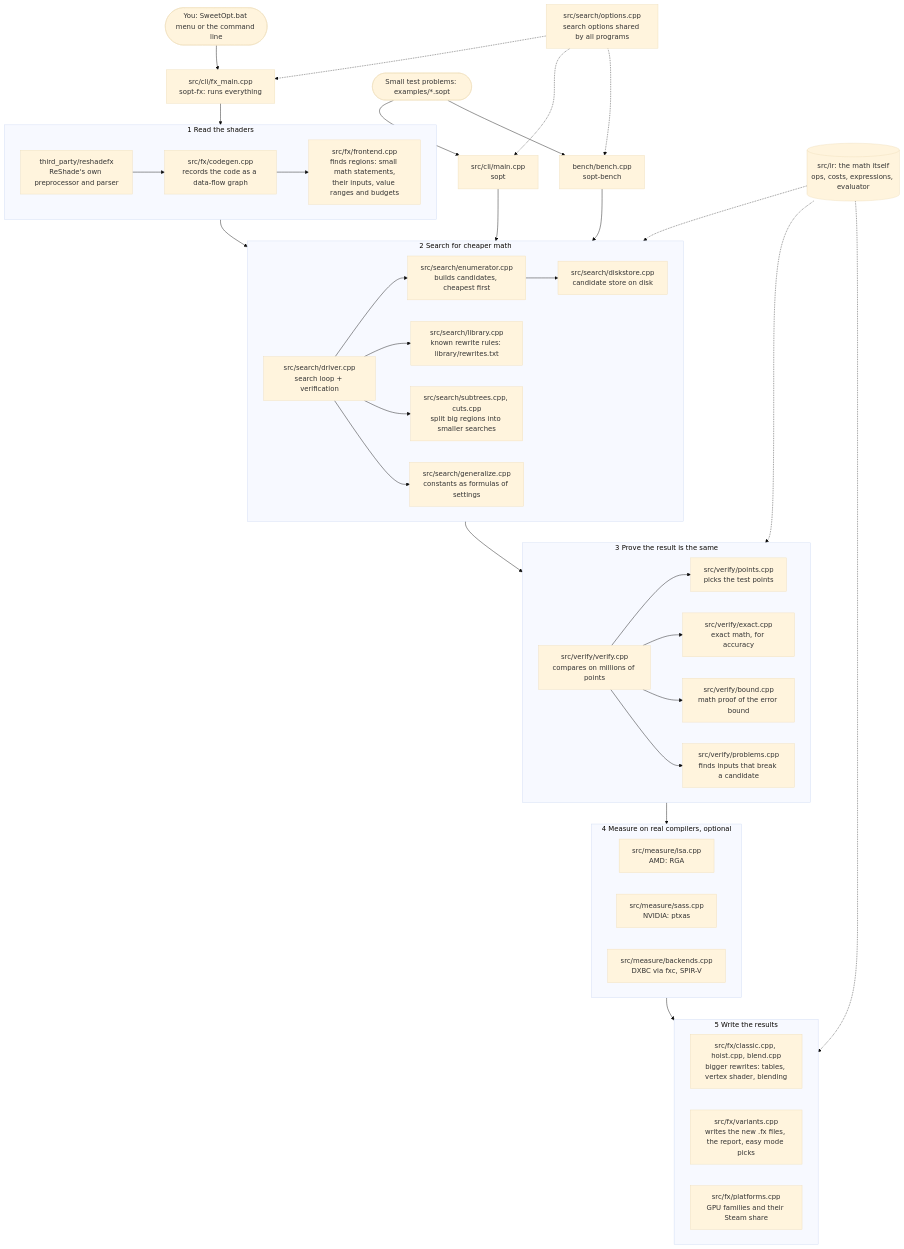
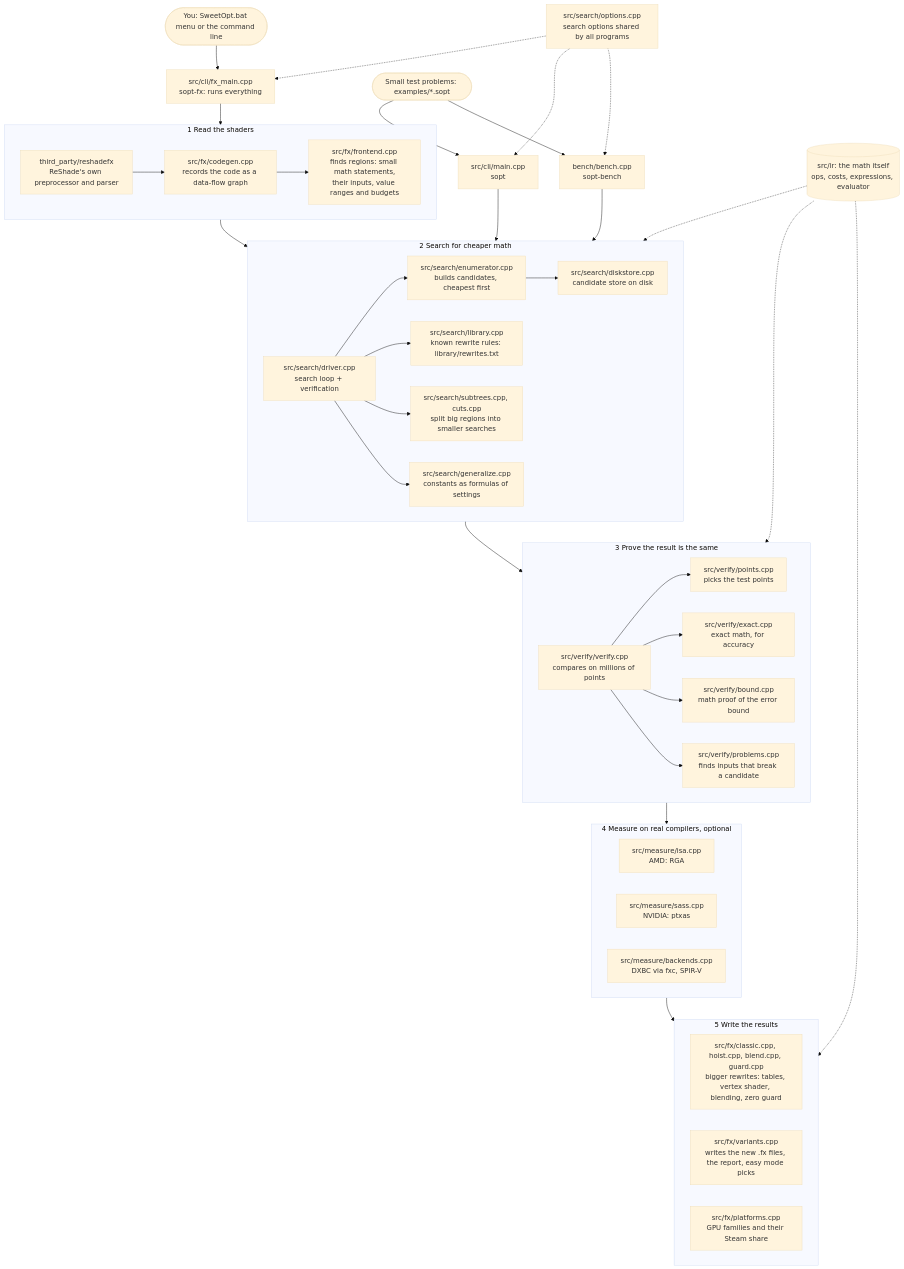
One commit to CeeJayDK/sopt changed the diagram in docs/code-map.md. Above: the diagram before and after it, drawn with Mermaid (base theme). The commit also changed other lines of this file and 9 other files, not shown here.

Commit message:
Uniform zero guard: an early return where a uniform at 0 leaves the output an earlier value (performance mode off)

````diff
--- a/docs/code-map.md
+++ b/docs/code-map.md
@@ -8,44 +8,44 @@
 ```mermaid
 flowchart TD
     U([You: SweetOpt.bat menu or the command line]) --> FXM[src/cli/fx_main.cpp<br/>sopt-fx: runs everything]
     U2([Small test problems: examples/*.sopt]) --> MAIN[src/cli/main.cpp<br/>sopt]
     U2 --> BENCH[bench/bench.cpp<br/>sopt-bench]
     BENCH --> SEARCH
     OPT[src/search/options.cpp<br/>search options shared by all programs] -.-> FXM & MAIN & BENCH
 
     subgraph READ [1 Read the shaders]
       RFX[third_party/reshadefx<br/>ReShade's own preprocessor and parser] --> CG[src/fx/codegen.cpp<br/>records the code as a data-flow graph]
       CG --> FE[src/fx/frontend.cpp<br/>finds regions: small math statements,<br/>their inputs, value ranges and budgets]
     end
 
     subgraph SEARCH [2 Search for cheaper math]
       DRV[src/search/driver.cpp<br/>search loop + verification] --> ENUM[src/search/enumerator.cpp<br/>builds candidates, cheapest first]
       DRV --> LIB[src/search/library.cpp<br/>known rewrite rules: library/rewrites.txt]
       DRV --> SUB[src/search/subtrees.cpp, cuts.cpp<br/>split big regions into smaller searches]
       DRV --> GEN[src/search/generalize.cpp<br/>constants as formulas of settings]
       ENUM --> DISK[src/search/diskstore.cpp<br/>candidate store on disk]
     end
 
     subgraph CHECK [3 Prove the result is the same]
       VER[src/verify/verify.cpp<br/>compares on millions of points] --> PTS[src/verify/points.cpp<br/>picks the test points]
       VER --> EX[src/verify/exact.cpp<br/>exact math, for accuracy]
       VER --> BND[src/verify/bound.cpp<br/>math proof of the error bound]
       VER --> PRB[src/verify/problems.cpp<br/>finds inputs that break a candidate]
     end
 
     subgraph MEASURE [4 Measure on real compilers, optional]
       ISA[src/measure/isa.cpp<br/>AMD: RGA] 
       SASS[src/measure/sass.cpp<br/>NVIDIA: ptxas]
       BE[src/measure/backends.cpp<br/>DXBC via fxc, SPIR-V]
     end
 
     subgraph WRITE [5 Write the results]
-      CLS[src/fx/classic.cpp, hoist.cpp, blend.cpp<br/>bigger rewrites: tables, vertex shader, blending]
+      CLS[src/fx/classic.cpp, hoist.cpp, blend.cpp, guard.cpp<br/>bigger rewrites: tables, vertex shader, blending, zero guard]
       VAR[src/fx/variants.cpp<br/>writes the new .fx files, the report, easy mode picks]
       PLAT[src/fx/platforms.cpp<br/>GPU families and their Steam share]
     end
 
     FXM --> READ --> SEARCH --> CHECK --> MEASURE --> WRITE
     MAIN --> SEARCH
     IR[(src/ir: the math itself<br/>ops, costs, expressions, evaluator)] -.-> SEARCH & CHECK & WRITE
 ```
````
